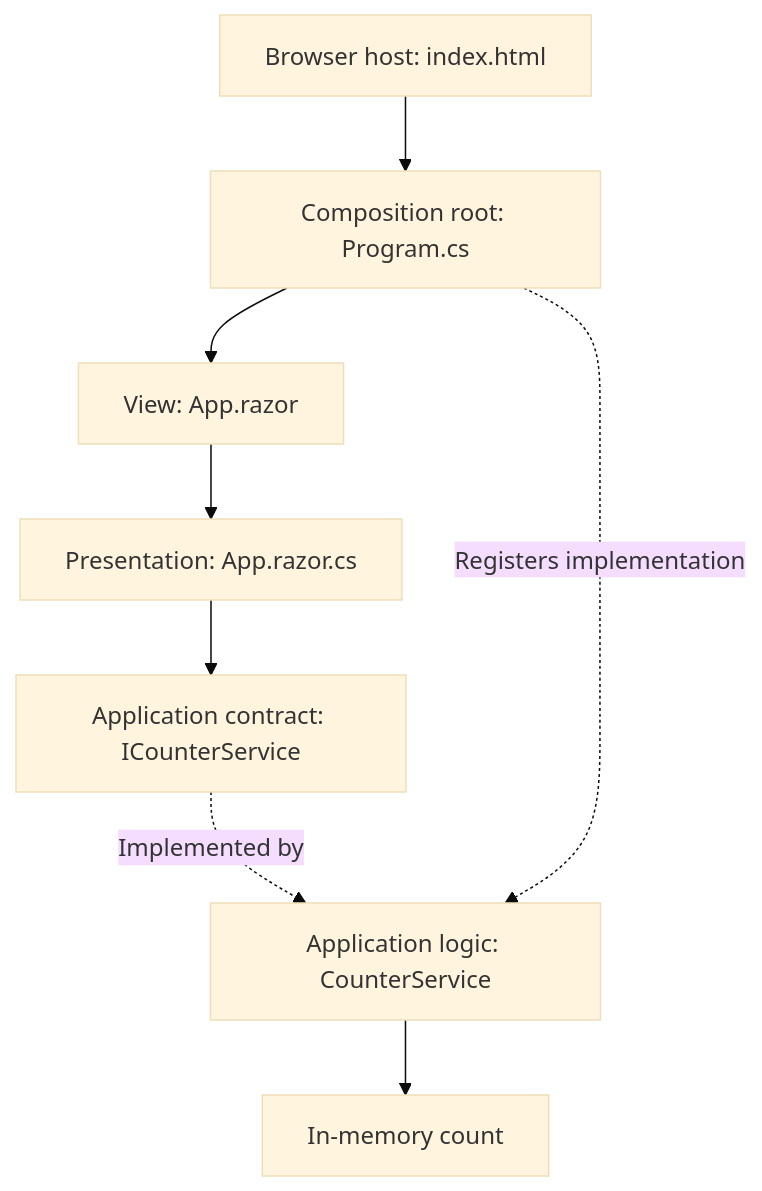
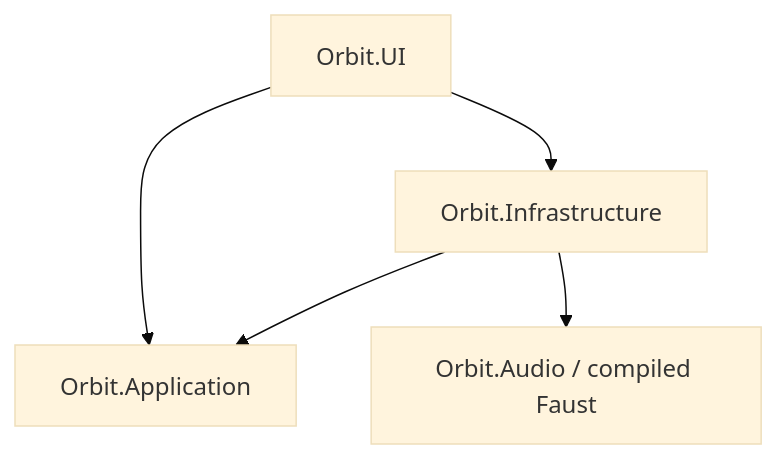
One commit to wgabel/orbit2 changed the first of 3 diagrams in README.md. Above: the diagram before and after it, drawn with Mermaid (base theme). The commit also changed other lines of this file and 26 other files, not shown here.

Commit message:
Refactor audio into modular infrastructure with reusable Faust processors

````diff
--- a/README.md
+++ b/README.md
@@ -24,10 +22,7 @@
 ```mermaid
 flowchart TD
-    Host["Browser host: index.html"] --> Startup["Composition root: Program.cs"]
-    Startup --> UI["View: App.razor"]
-    UI --> Presentation["Presentation: App.razor.cs"]
-    Presentation --> Contract["Application contract: ICounterService"]
-    Contract -. "Implemented by" .-> Service["Application logic: CounterService"]
-    Service --> State["In-memory count"]
-    Startup -. "Registers implementation" .-> Service
+    UI["Orbit.UI"] --> Application["Orbit.Application"]
+    UI --> Infrastructure["Orbit.Infrastructure"]
+    Infrastructure --> Application
+    Infrastructure --> DSP["Orbit.Audio / compiled Faust"]
 ```
````
